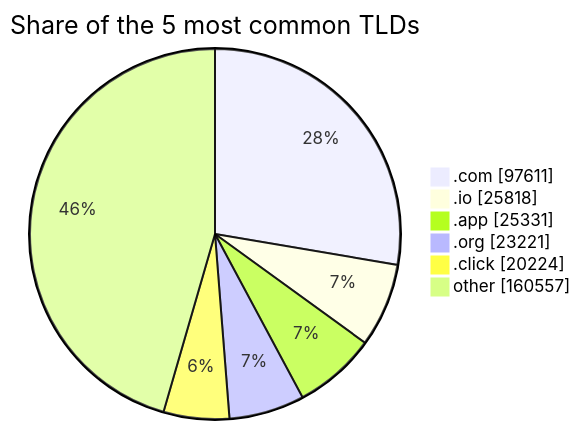
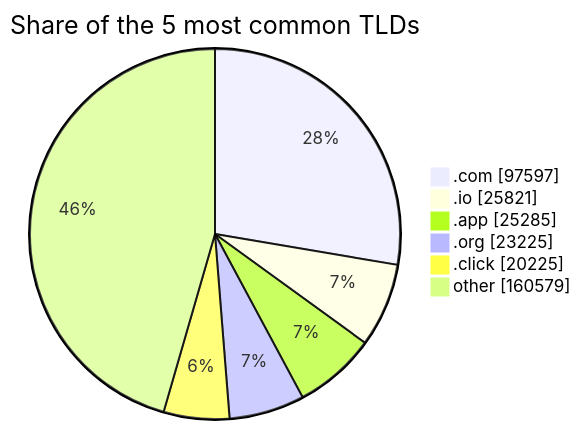
One commit to DNSBunker/CTI changed the third of 3 diagrams in README.md. Above: the diagram before and after it, drawn with Mermaid. The commit also changed other lines of this file and 3 other files, not shown here.

````diff
--- a/README.md
+++ b/README.md
@@ -81,9 +81,9 @@
 ```mermaid
 pie showData title Share of the 5 most common TLDs
-    ".com" : 97611
-    ".io" : 25818
-    ".app" : 25331
-    ".org" : 23221
-    ".click" : 20224
-    "other" : 160557
+    ".com" : 97597
+    ".io" : 25821
+    ".app" : 25285
+    ".org" : 23225
+    ".click" : 20225
+    "other" : 160579
 ```
````
